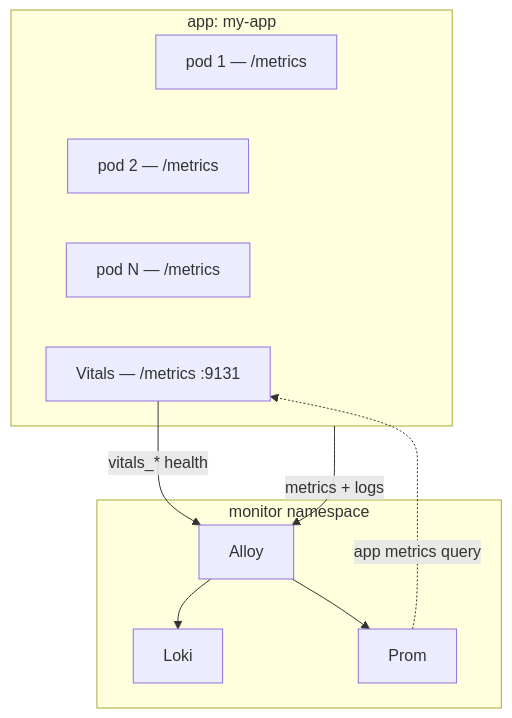
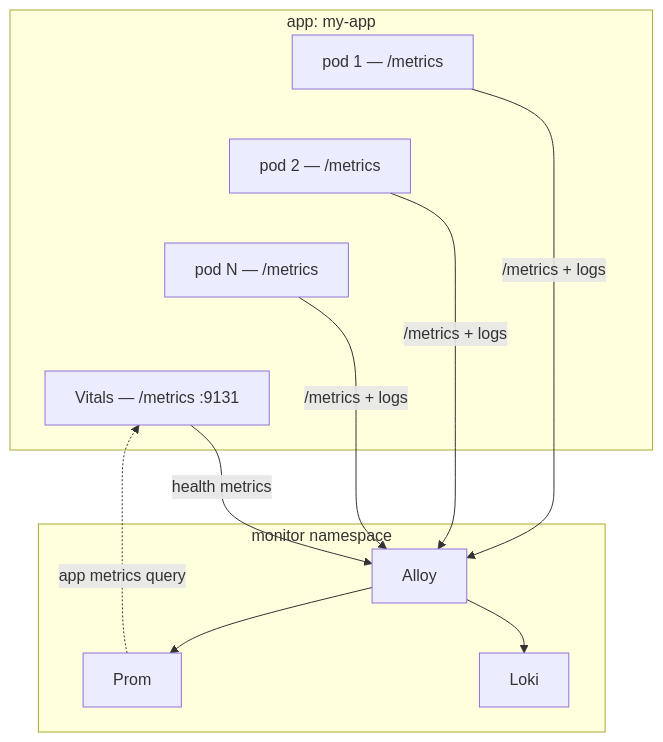
The diagram in docs/reference/patterns/observability-contract.md (Kord96/kordinate), drawn with Mermaid before and after one commit.

Commit message:
docs: fix contract diagram — connect individual pods to Alloy [scribe]
Each pod now has its own edge to Alloy instead of a subgraph-level
edge. Monitor namespace moved below to improve layout. Dropped
vitals_* prefix from arrow label.

````diff
--- a/docs/reference/patterns/observability-contract.md
+++ b/docs/reference/patterns/observability-contract.md
@@ -7,18 +7,18 @@
 ```mermaid
 flowchart TB
     subgraph app["app: my-app"]
         P1[pod 1 — /metrics]
         P2[pod 2 — /metrics]
         PN[pod N — /metrics]
         VIT[Vitals — /metrics :9131]
         P1 ~~~ P2 ~~~ PN ~~~ VIT
     end
 
-    subgraph gw[monitor namespace]
-        AL[Alloy] --> LK[Loki] & PR[Prom]
+    P1 & P2 & PN -->|/metrics + logs| AL
+    VIT -->|health metrics| AL
+    PR -.->|app metrics query| VIT
+
+    subgraph mon[monitor namespace]
+        AL[Alloy] --> PR[Prom] & LK[Loki]
     end
-
-    app -->|metrics + logs| AL
-    VIT -->|vitals_* health| AL
-    PR -.->|app metrics query| VIT
 ```
````
